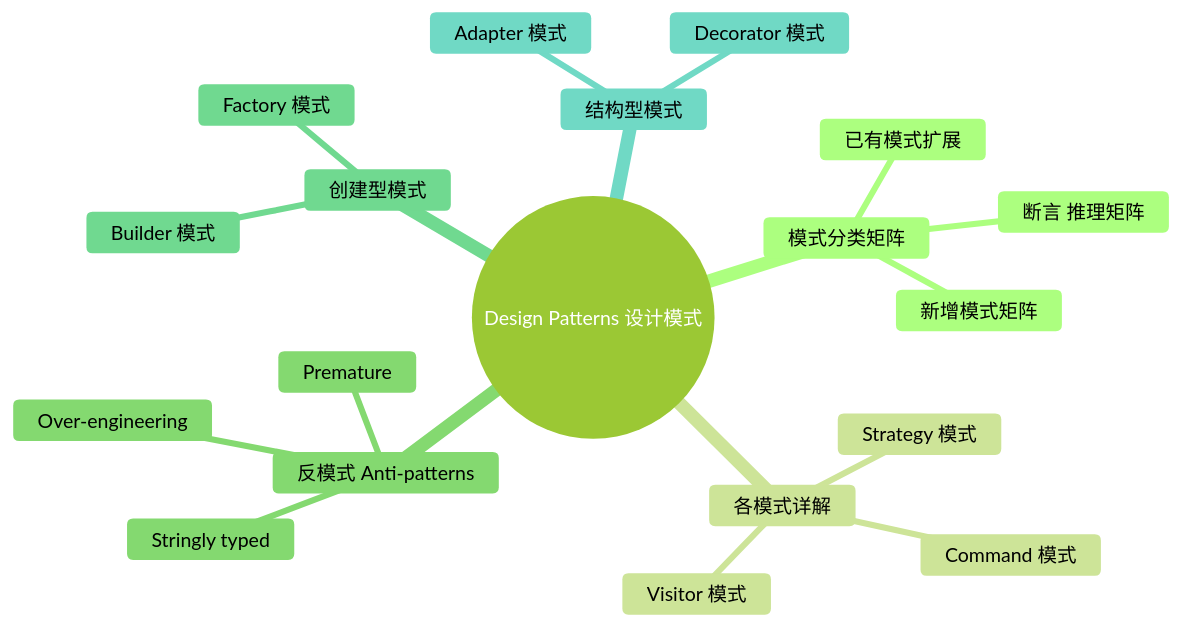
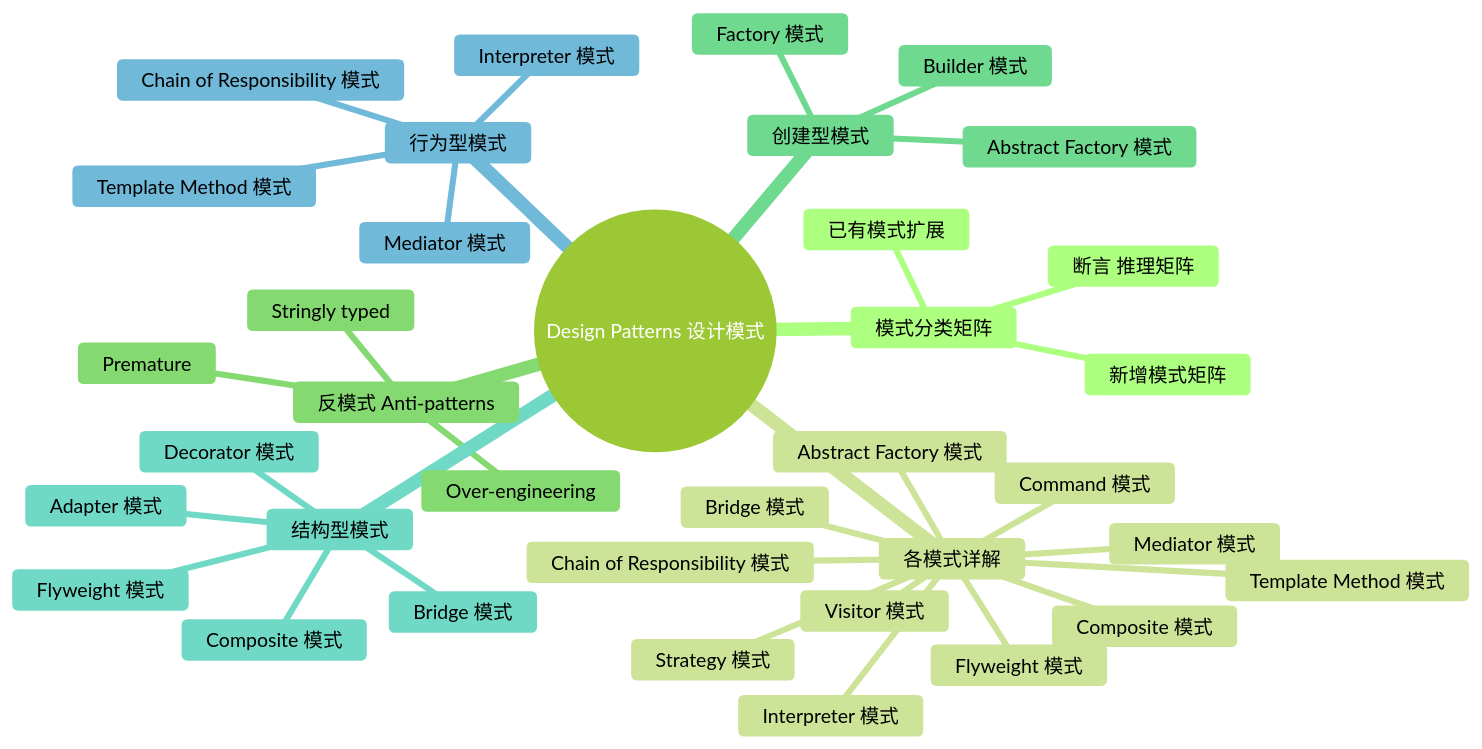
One commit to martin-ly/rust-lang changed the sixth of 6 diagrams in concept/06_ecosystem/03_design_patterns/01_patterns.md. Above: the diagram before and after it, drawn with Mermaid (forest theme). The commit also changed other lines of this file and 39 other files, not shown here.

````diff
--- a/concept/06_ecosystem/03_design_patterns/01_patterns.md
+++ b/concept/06_ecosystem/03_design_patterns/01_patterns.md
@@ -3255,22 +4021,39 @@
 ```mermaid
 mindmap
   root((Design Patterns 设计模式))
     模式分类矩阵
       已有模式扩展
       新增模式矩阵
       断言 推理矩阵
     各模式详解
       Command 模式
       Visitor 模式
       Strategy 模式
+      Abstract Factory 模式
+      Bridge 模式
+      Composite 模式
+      Flyweight 模式
+      Mediator 模式
+      Interpreter 模式
+      Chain of Responsibility 模式
+      Template Method 模式
     反模式 Anti-patterns
       Over-engineering
       Premature
       Stringly typed
     创建型模式
       Builder 模式
       Factory 模式
+      Abstract Factory 模式
     结构型模式
       Adapter 模式
+      Bridge 模式
+      Composite 模式
       Decorator 模式
+      Flyweight 模式
+    行为型模式
+      Chain of Responsibility 模式
+      Interpreter 模式
+      Mediator 模式
+      Template Method 模式
 ```
````
